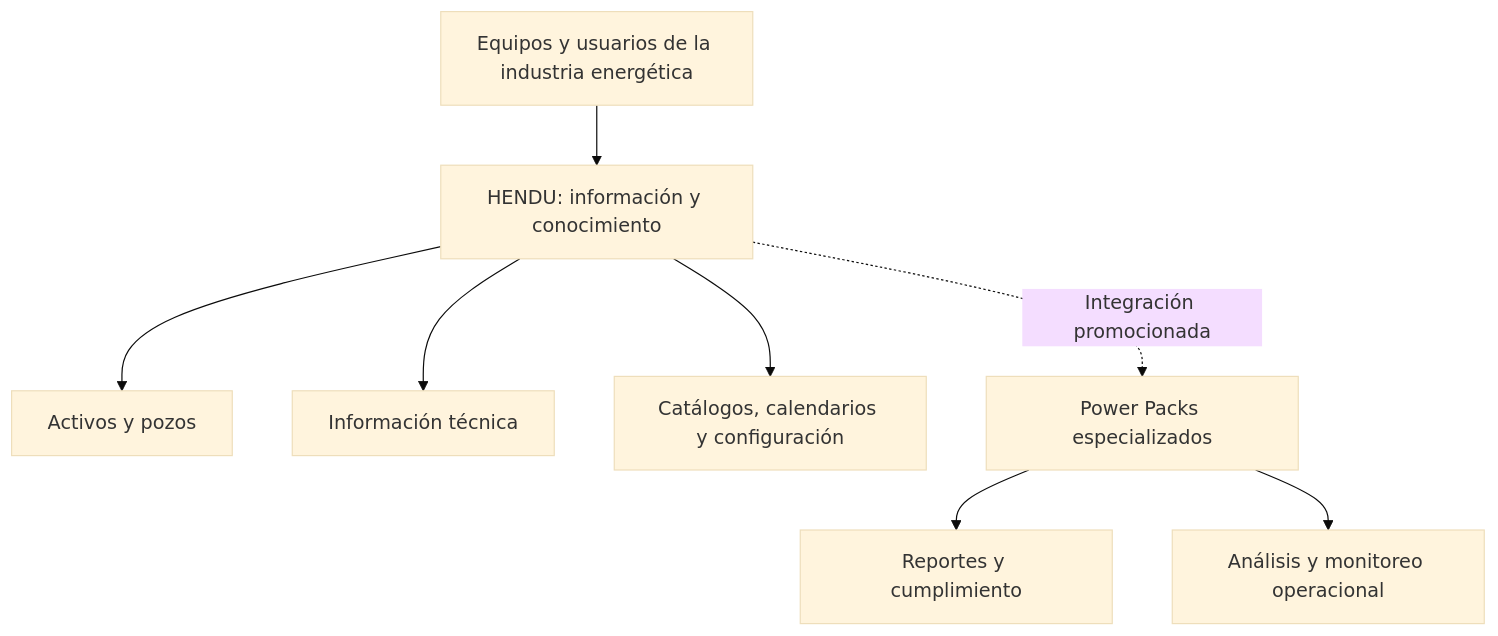
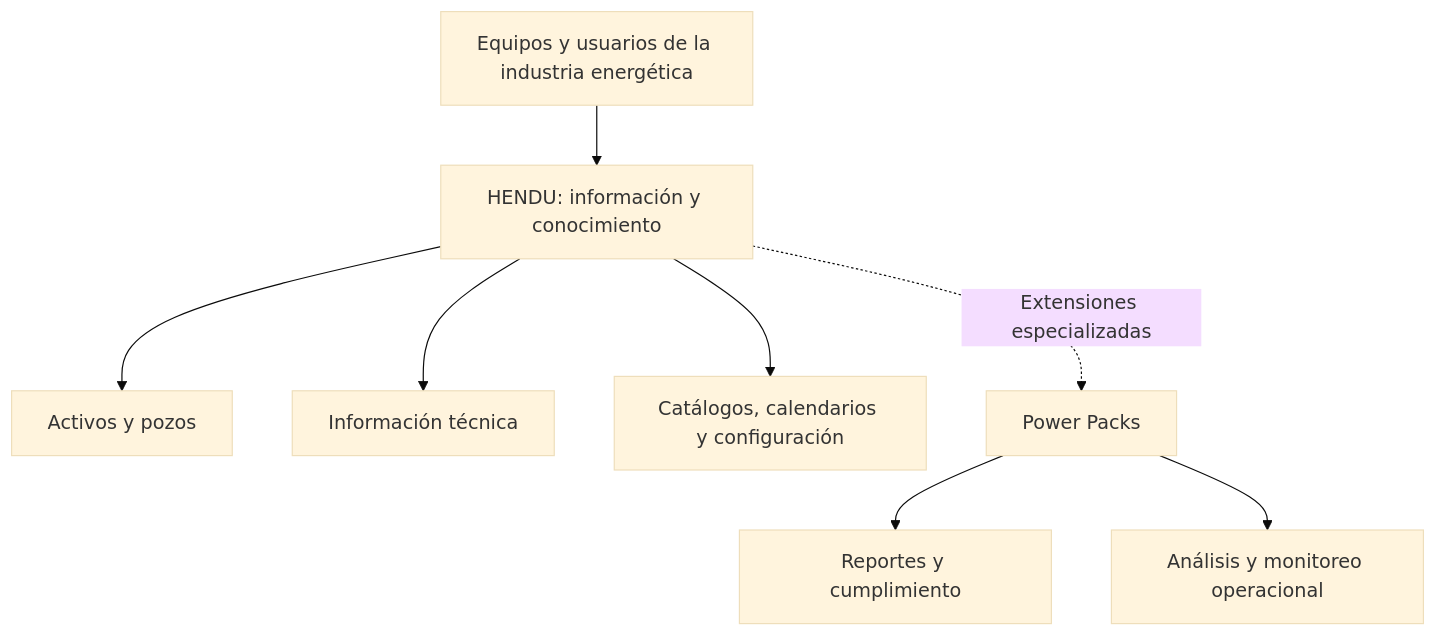
The diagram in README.md (isaiassolis/hendu-enterprise-data-management), drawn with Mermaid (base theme) before and after one commit. The commit also changed other lines of this file, not shown here.

````diff
--- a/README.md
+++ b/README.md
@@ -68,10 +64,10 @@
 ```mermaid
 flowchart TB
     U[Equipos y usuarios de la industria energética] --> H[HENDU: información y conocimiento]
     H --> A[Activos y pozos]
     H --> I[Información técnica]
     H --> C[Catálogos, calendarios y configuración]
-    H -. Integración promocionada .-> P[Power Packs especializados]
+    H -. Extensiones especializadas .-> P[Power Packs]
     P --> R[Reportes y cumplimiento]
     P --> O[Análisis y monitoreo operacional]
 ```
````
